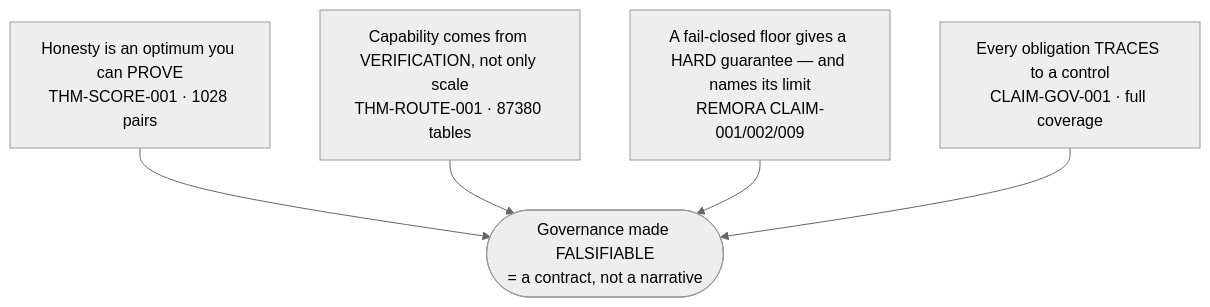
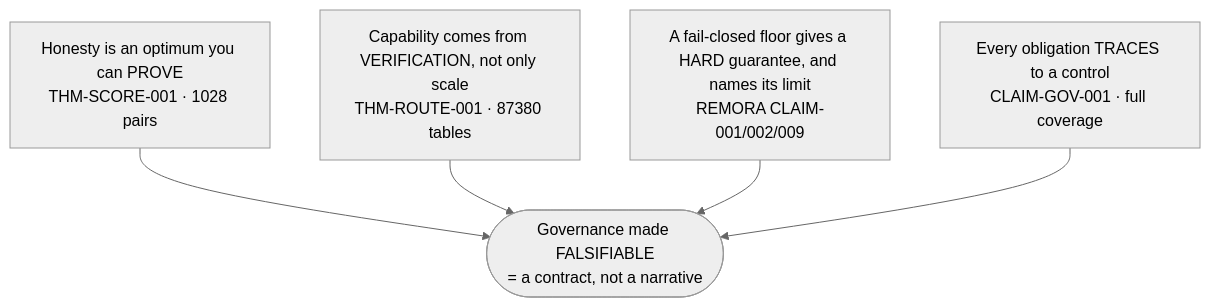
The second of 20 diagrams in docs/governance/frontier-ai-governance-master.md (darklordVirtual/vericlaim), drawn with Mermaid (neutral theme) before and after one commit. The commit also changed other lines of this file and 4 other files, not shown here.

````diff
--- a/docs/governance/frontier-ai-governance-master.md
+++ b/docs/governance/frontier-ai-governance-master.md
@@ -157,8 +157,8 @@
 ```mermaid
 flowchart TB
     A["Honesty is an optimum you can PROVE<br/>THM-SCORE-001 · 1028 pairs"] --> E
     B["Capability comes from VERIFICATION, not only scale<br/>THM-ROUTE-001 · 87380 tables"] --> E
-    C["A fail-closed floor gives a HARD guarantee — and names its limit<br/>REMORA CLAIM-001/002/009"] --> E
+    C["A fail-closed floor gives a HARD guarantee, and names its limit<br/>REMORA CLAIM-001/002/009"] --> E
     D["Every obligation TRACES to a control<br/>CLAIM-GOV-001 · full coverage"] --> E
     E(["Governance made FALSIFIABLE<br/>= a contract, not a narrative"])
 ```
````
